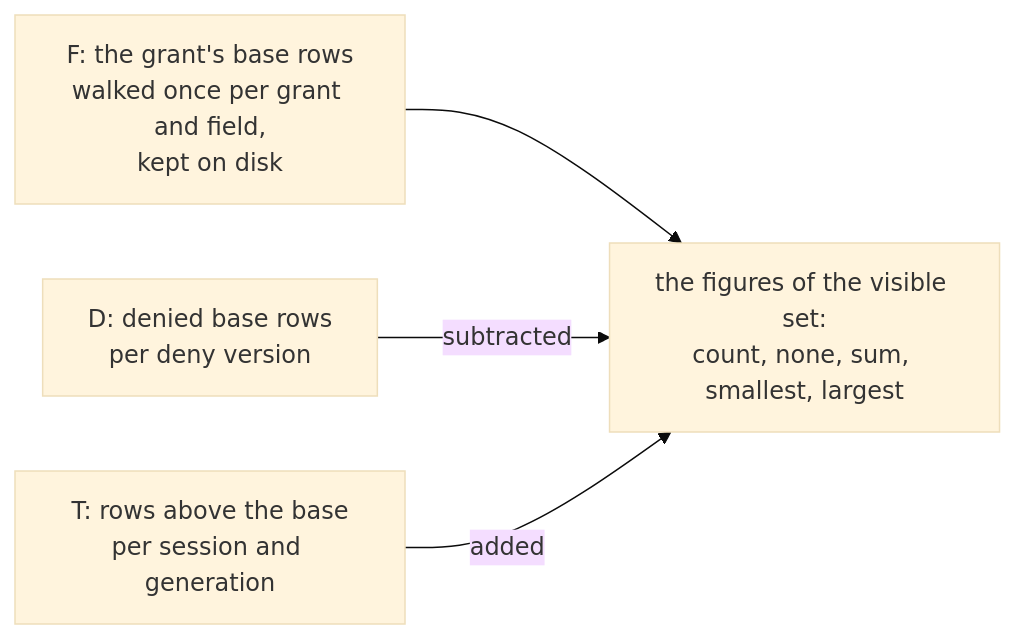
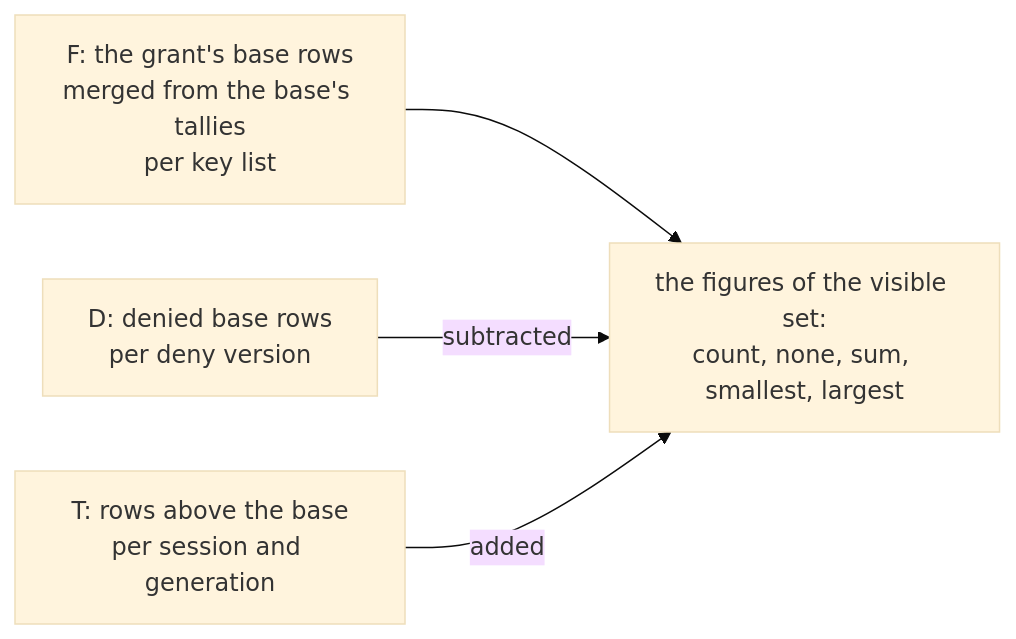
Before and after one commit to jennis0/tesseradb: the fourth of 4 diagrams in docs/system/queries.md, drawn with Mermaid (base theme). The commit also changed other lines of this file and 25 other files, not shown here.

First line of the commit message:
Base figures stored per key list; a timestamp's mean served as a timestamp

````diff
--- a/docs/system/queries.md
+++ b/docs/system/queries.md
@@ -597,7 +602,7 @@
 ```mermaid
 flowchart LR
-  F["F: the grant's base rows<br/>walked once per grant and field,<br/>kept on disk"] --> S
+  F["F: the grant's base rows<br/>merged from the base's tallies<br/>per key list"] --> S
   D["D: denied base rows<br/>per deny version"] -->|subtracted| S
   T["T: rows above the base<br/>per session and generation"] -->|added| S
   S["the figures of the visible set:<br/>count, none, sum, smallest, largest"]
 ```
````
